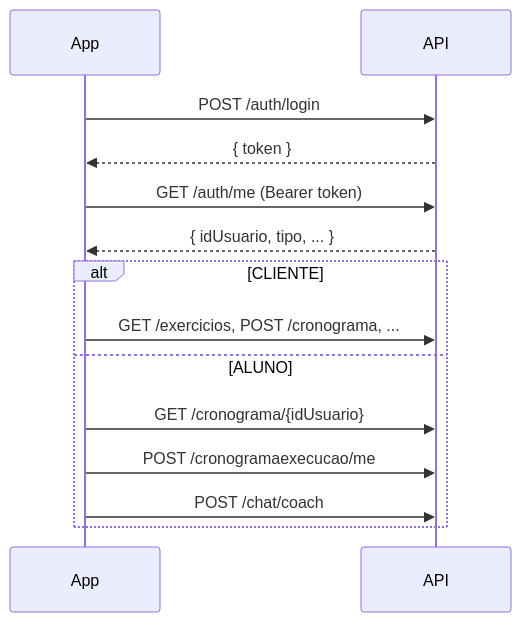
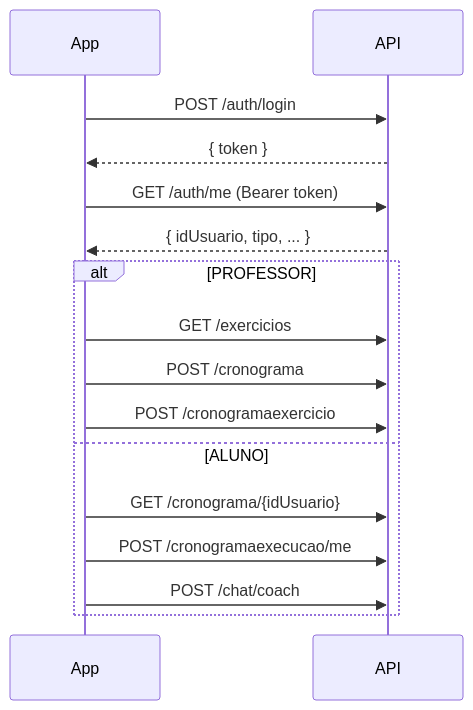
One commit to daniel-alcar/gymconnect changed the diagram in docs/API.md. Above: the diagram before and after it, drawn with Mermaid. The commit also changed other lines of this file and 13 other files, not shown here.

````diff
--- a/docs/API.md
+++ b/docs/API.md
@@ -691,16 +679,18 @@
 ```mermaid
 sequenceDiagram
     participant App
     participant API
-  App->>API: POST /auth/login
-  API-->>App: { token }
-  App->>API: GET /auth/me (Bearer token)
-  API-->>App: { idUsuario, tipo, ... }
-  alt CLIENTE
-    App->>API: GET /exercicios, POST /cronograma, ...
-  else ALUNO
-    App->>API: GET /cronograma/{idUsuario}
-    App->>API: POST /cronogramaexecucao/me
-    App->>API: POST /chat/coach
-  end
+    App->>API: POST /auth/login
+    API-->>App: { token }
+    App->>API: GET /auth/me (Bearer token)
+    API-->>App: { idUsuario, tipo, ... }
+    alt PROFESSOR
+      App->>API: GET /exercicios
+      App->>API: POST /cronograma
+      App->>API: POST /cronogramaexercicio
+    else ALUNO
+      App->>API: GET /cronograma/{idUsuario}
+      App->>API: POST /cronogramaexecucao/me
+      App->>API: POST /chat/coach
+    end
 ```
````
